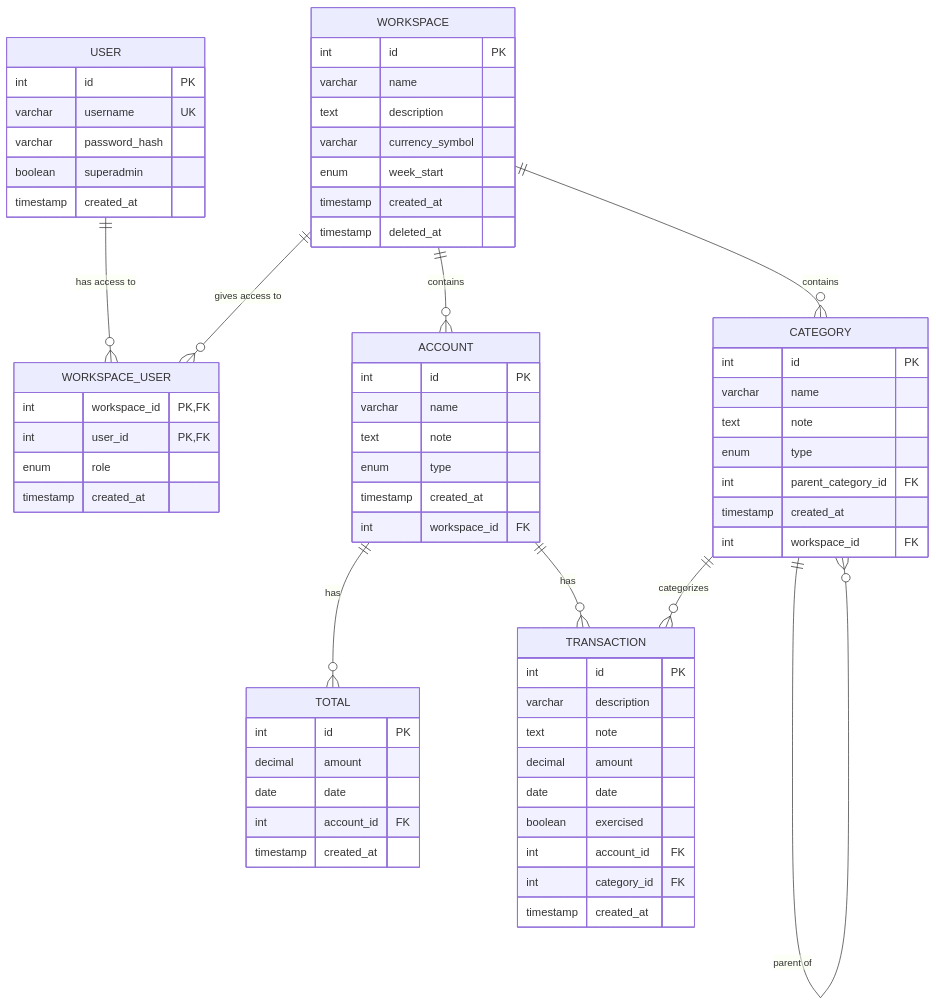
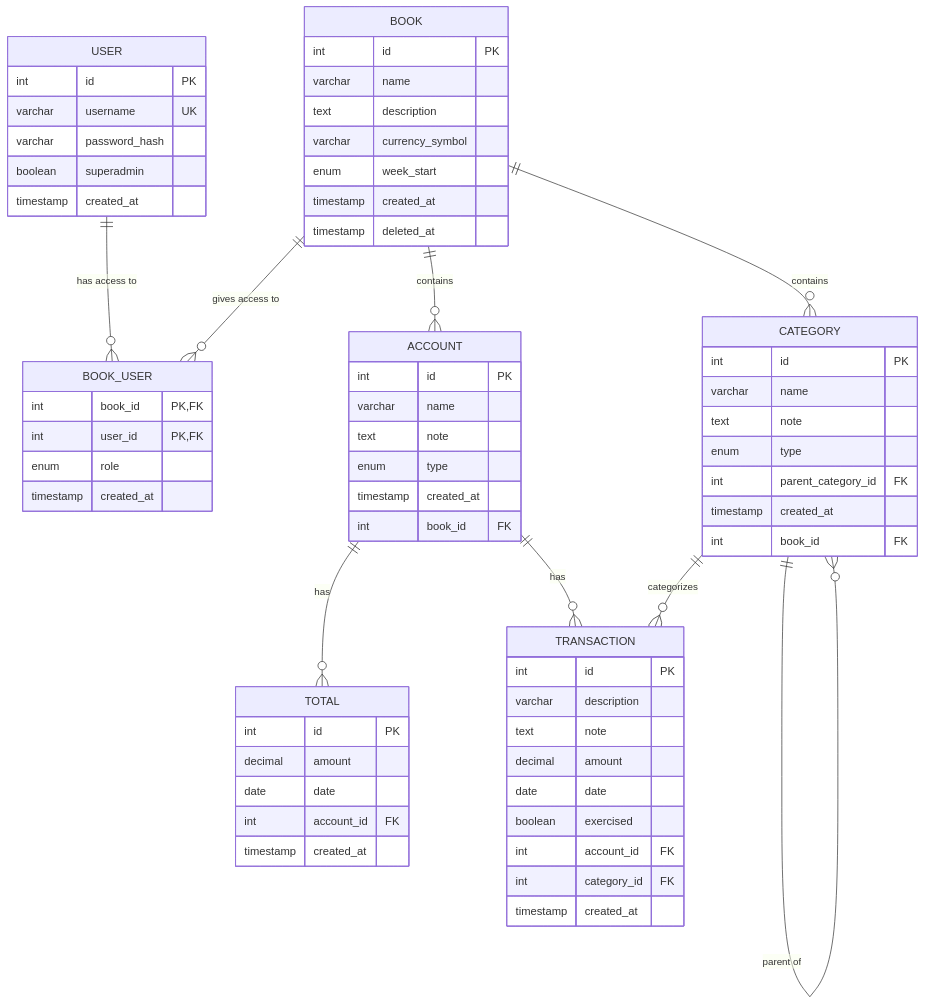
The diagram in api/db/diagram.md (levhita/tomas), drawn with Mermaid before and after one commit. The commit also changed 145 other files, not shown here.

````diff
--- a/api/db/diagram.md
+++ b/api/db/diagram.md
@@ -2,75 +2,75 @@
 ```mermaid
 erDiagram
     USER {
         int id PK
         varchar username UK
         varchar password_hash
         boolean superadmin
         timestamp created_at
     }
     
-    WORKSPACE {
+    BOOK {
         int id PK
         varchar name
         text description
         varchar currency_symbol
         enum week_start
         timestamp created_at
         timestamp deleted_at
     }
     
-    WORKSPACE_USER {
-        int workspace_id PK,FK
+    BOOK_USER {
+        int book_id PK,FK
         int user_id PK,FK
         enum role
         timestamp created_at
     }
     
     ACCOUNT {
         int id PK
         varchar name
         text note
         enum type
         timestamp created_at
-        int workspace_id FK
+        int book_id FK
     }
     
     TOTAL {
         int id PK
         decimal amount
         date date
         int account_id FK
         timestamp created_at
     }
     
     CATEGORY {
         int id PK
         varchar name
         text note
         enum type
         int parent_category_id FK
         timestamp created_at
-        int workspace_id FK
+        int book_id FK
     }
     
     TRANSACTION {
         int id PK
         varchar description
         text note
         decimal amount
         date date
         boolean exercised
         int account_id FK
         int category_id FK
         timestamp created_at
     }
     
-    USER ||--o{ WORKSPACE_USER : "has access to"
-    WORKSPACE ||--o{ WORKSPACE_USER : "gives access to"
-    WORKSPACE ||--o{ ACCOUNT : "contains"
-    WORKSPACE ||--o{ CATEGORY : "contains"
+    USER ||--o{ BOOK_USER : "has access to"
+    BOOK ||--o{ BOOK_USER : "gives access to"
+    BOOK ||--o{ ACCOUNT : "contains"
+    BOOK ||--o{ CATEGORY : "contains"
     ACCOUNT ||--o{ TRANSACTION : "has"
     ACCOUNT ||--o{ TOTAL : "has"
     CATEGORY ||--o{ TRANSACTION : "categorizes"
     CATEGORY ||--o{ CATEGORY : "parent of"
 ```
````
